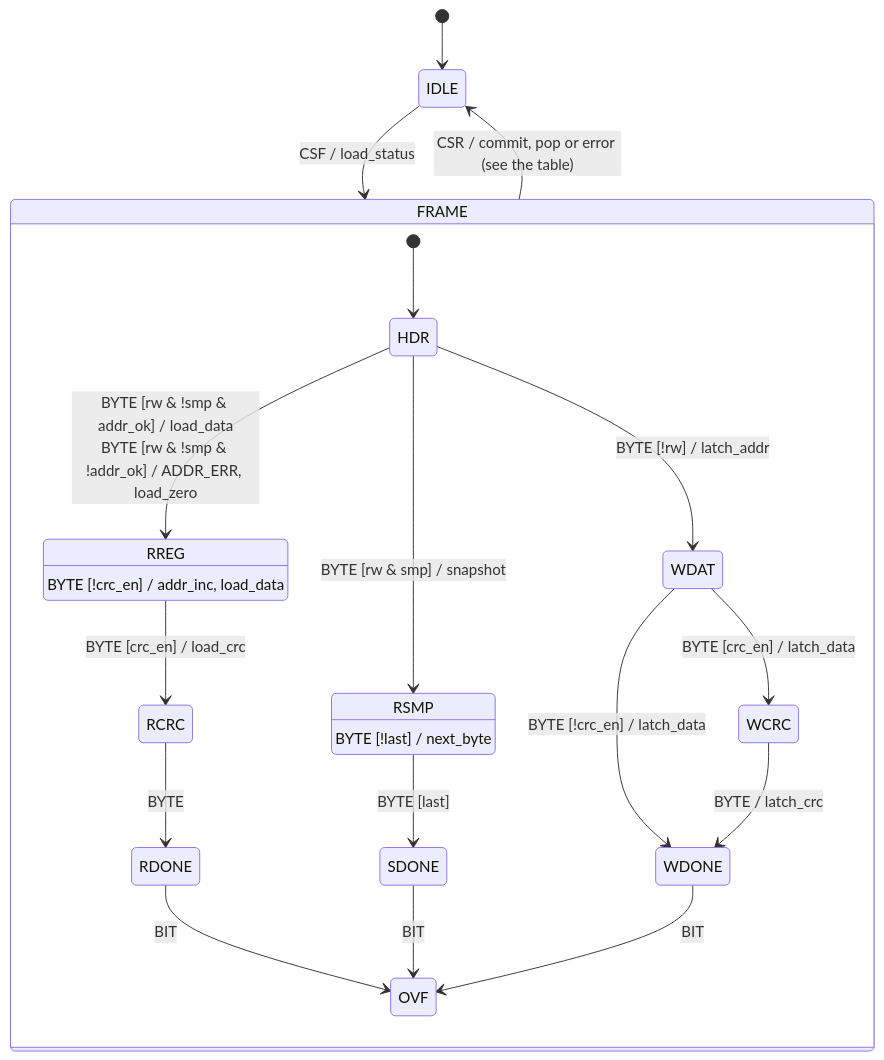
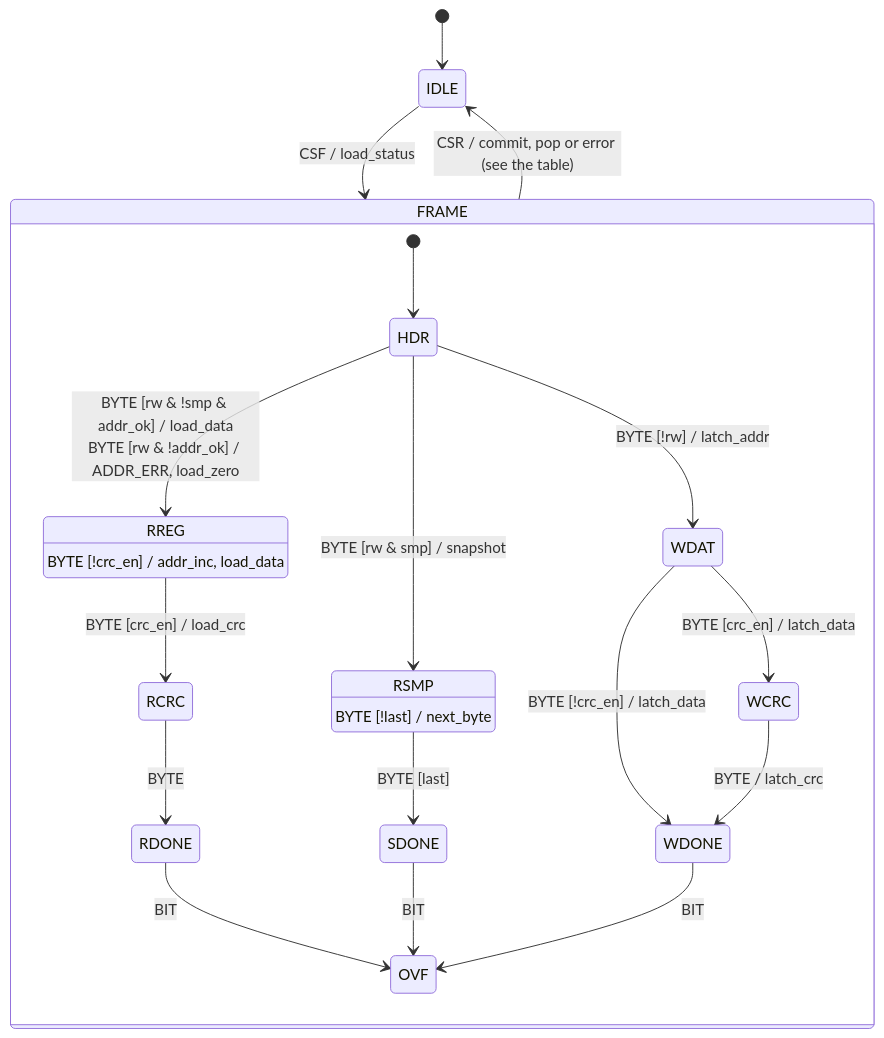
The diagram in first_tapeout_eeg/gf180/tapeout/rtl/spec/spi_fsm.mmd (Kosei-HATA/First_Tapeout_2026), drawn with Mermaid before and after one commit. The commit also changed 10 other files, not shown here.

```diff
--- a/first_tapeout_eeg/gf180/tapeout/rtl/spec/spi_fsm.mmd
+++ b/first_tapeout_eeg/gf180/tapeout/rtl/spec/spi_fsm.mmd
@@ -1,35 +1,35 @@
 stateDiagram-v2
     %% SPI transaction (generated by gf180/tapeout/rtl/spec/fsm_spec.py; do not edit by hand)
     [*] --> IDLE
     IDLE
     state FRAME {
         [*] --> HDR
         HDR
         RREG
         RREG : RREG
         RREG : BYTE [!crc_en] / addr_inc, load_data
         RCRC
         RDONE
         RSMP
         RSMP : RSMP
         RSMP : BYTE [!last] / next_byte
         SDONE
         WDAT
         WCRC
         WDONE
         OVF
         RDONE --> OVF : BIT
         SDONE --> OVF : BIT
         WDONE --> OVF : BIT
         HDR --> RSMP : BYTE [rw & smp] / snapshot
-        HDR --> RREG : BYTE [rw & !smp & addr_ok] / load_data<br/>BYTE [rw & !smp & !addr_ok] / ADDR_ERR, load_zero
+        HDR --> RREG : BYTE [rw & !smp & addr_ok] / load_data<br/>BYTE [rw & !addr_ok] / ADDR_ERR, load_zero
         HDR --> WDAT : BYTE [!rw] / latch_addr
         RREG --> RCRC : BYTE [crc_en] / load_crc
         RCRC --> RDONE : BYTE
         RSMP --> SDONE : BYTE [last]
         WDAT --> WCRC : BYTE [crc_en] / latch_data
         WDAT --> WDONE : BYTE [!crc_en] / latch_data
         WCRC --> WDONE : BYTE / latch_crc
     }
     IDLE --> FRAME : CSF / load_status
     FRAME --> IDLE : CSR / commit, pop or error (see the table)
```
